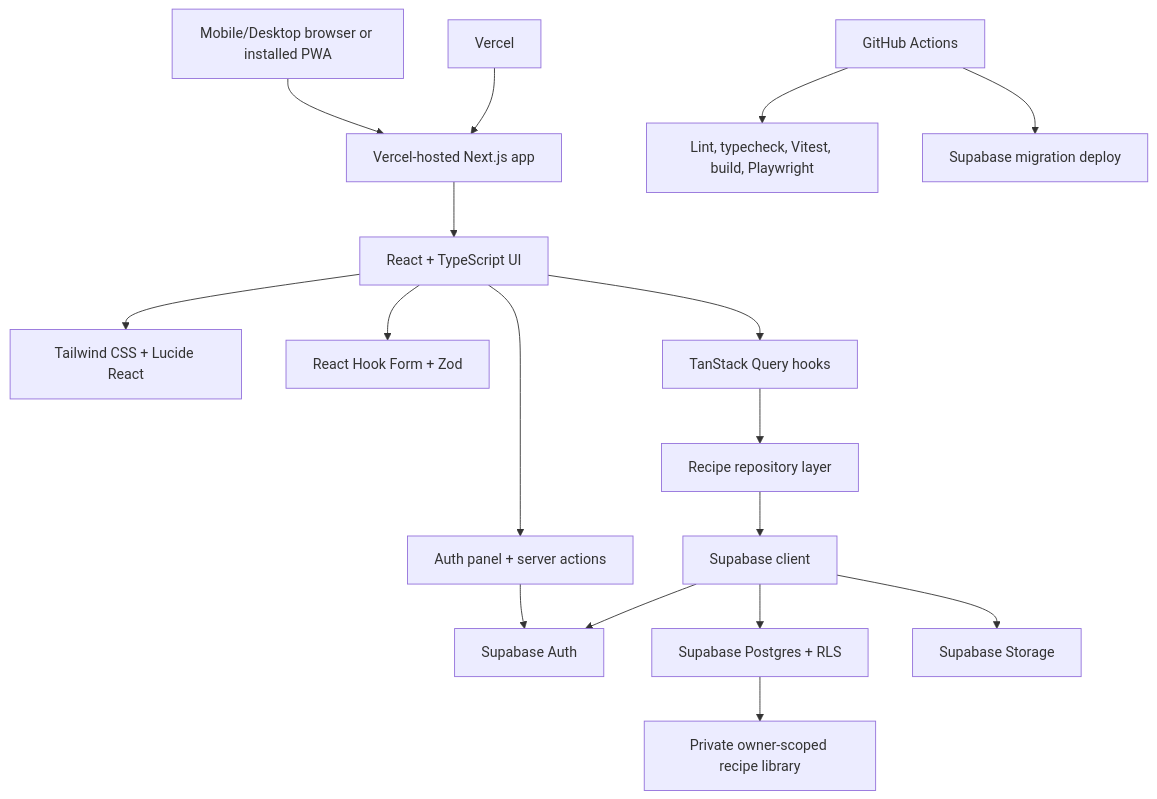
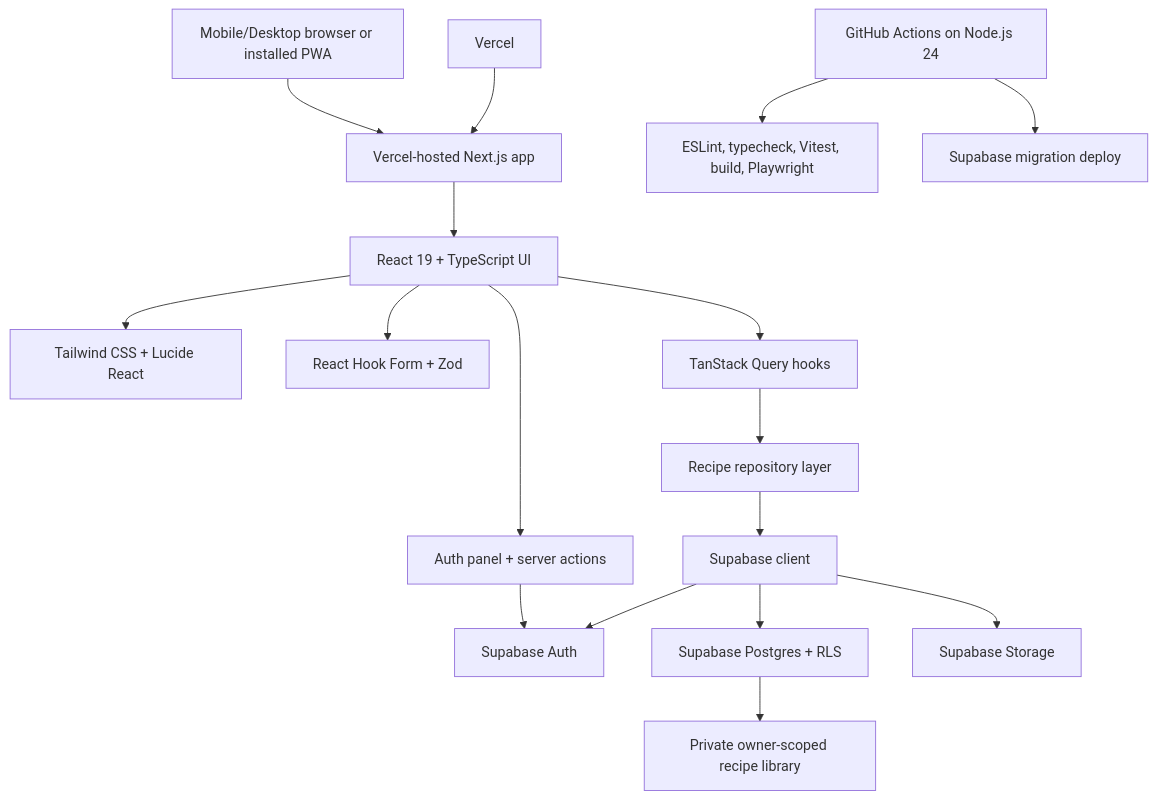
One commit to zzdlklzz/pocket-plates changed the diagram in docs/ARCHITECTURE.md. Above: the diagram before and after it, drawn with Mermaid. The commit also changed other lines of this file and 23 other files, not shown here.

````diff
--- a/docs/ARCHITECTURE.md
+++ b/docs/ARCHITECTURE.md
@@ -24,19 +25,19 @@
 ```mermaid
 flowchart TD
     A["Mobile/Desktop browser or installed PWA"] --> B["Vercel-hosted Next.js app"]
-    B --> C["React + TypeScript UI"]
+    B --> C["React 19 + TypeScript UI"]
     C --> D["Tailwind CSS + Lucide React"]
     C --> E["React Hook Form + Zod"]
     C --> F["TanStack Query hooks"]
     C --> Q["Auth panel + server actions"]
     Q --> I["Supabase Auth"]
     F --> G["Recipe repository layer"]
     G --> H["Supabase client"]
     H --> I["Supabase Auth"]
     H --> J["Supabase Postgres + RLS"]
     H --> K["Supabase Storage"]
     J --> L["Private owner-scoped recipe library"]
-    M["GitHub Actions"] --> N["Lint, typecheck, Vitest, build, Playwright"]
+    M["GitHub Actions on Node.js 24"] --> N["ESLint, typecheck, Vitest, build, Playwright"]
     M --> O["Supabase migration deploy"]
     P["Vercel"] --> B
 ```
````
